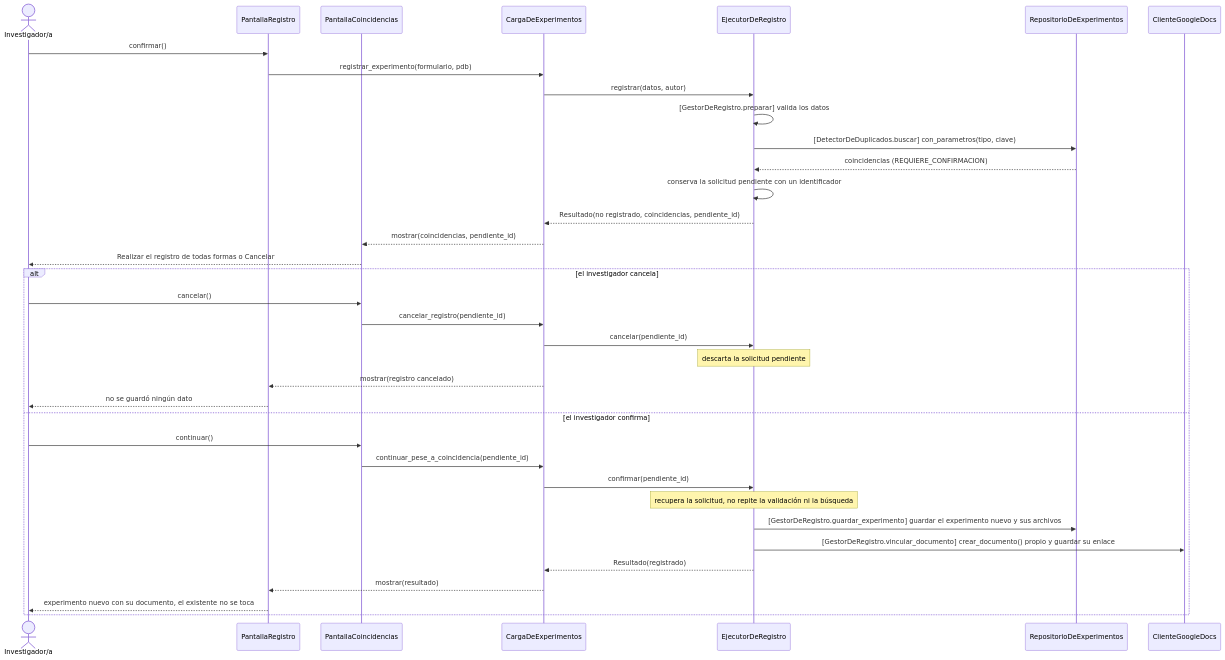
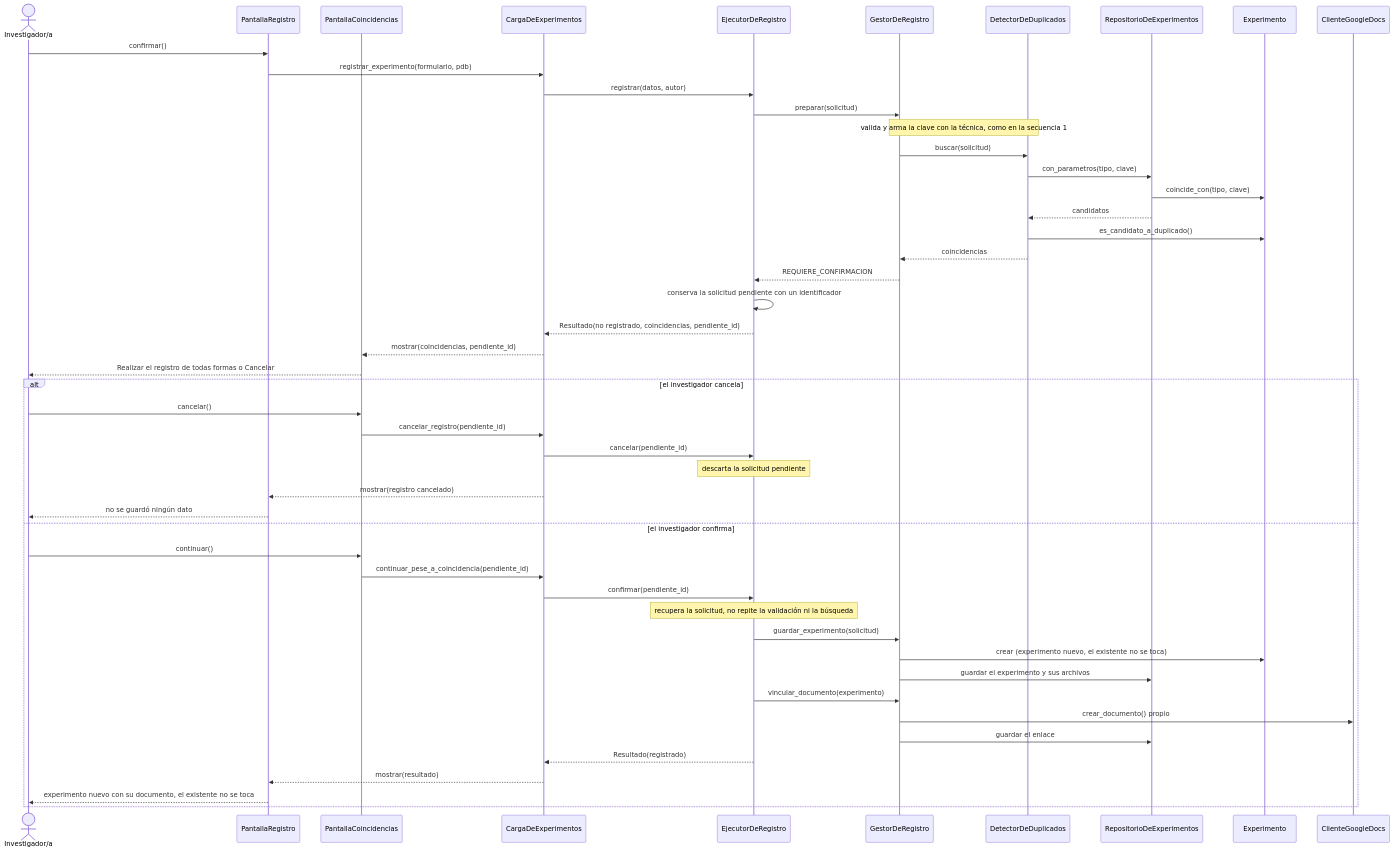
Before and after one commit to LucasSegovia01/BitacoraBio-2026: the third of 5 diagrams in docs/design/diseno-detallado.md, drawn with Mermaid. The commit also changed other lines of this file, not shown here.

````diff
--- a/docs/design/diseno-detallado.md
+++ b/docs/design/diseno-detallado.md
@@ -271,38 +293,51 @@
 ```mermaid
 sequenceDiagram
     actor Inv as Investigador/a
     participant PR as PantallaRegistro
     participant PC as PantallaCoincidencias
     participant CE as CargaDeExperimentos
     participant E as EjecutorDeRegistro
+    participant GR as GestorDeRegistro
+    participant DD as DetectorDeDuplicados
     participant RX as RepositorioDeExperimentos
+    participant EX as Experimento
     participant CG as ClienteGoogleDocs
     Inv->>PR: confirmar()
     PR->>CE: registrar_experimento(formulario, pdb)
     CE->>E: registrar(datos, autor)
-    E->>E: [GestorDeRegistro.preparar] valida los datos
-    E->>RX: [DetectorDeDuplicados.buscar] con_parametros(tipo, clave)
-    RX-->>E: coincidencias (REQUIERE_CONFIRMACION)
+    E->>GR: preparar(solicitud)
+    Note over GR,DD: valida y arma la clave con la técnica, como en la secuencia 1
+    GR->>DD: buscar(solicitud)
+    DD->>RX: con_parametros(tipo, clave)
+    RX->>EX: coincide_con(tipo, clave)
+    RX-->>DD: candidatos
+    DD->>EX: es_candidato_a_duplicado()
+    DD-->>GR: coincidencias
+    GR-->>E: REQUIERE_CONFIRMACION
     E->>E: conserva la solicitud pendiente con un identificador
     E-->>CE: Resultado(no registrado, coincidencias, pendiente_id)
     CE-->>PC: mostrar(coincidencias, pendiente_id)
     PC-->>Inv: Realizar el registro de todas formas o Cancelar
     alt el investigador cancela
         Inv->>PC: cancelar()
         PC->>CE: cancelar_registro(pendiente_id)
         CE->>E: cancelar(pendiente_id)
         Note over E: descarta la solicitud pendiente
         CE-->>PR: mostrar(registro cancelado)
         PR-->>Inv: no se guardó ningún dato
     else el investigador confirma
         Inv->>PC: continuar()
         PC->>CE: continuar_pese_a_coincidencia(pendiente_id)
         CE->>E: confirmar(pendiente_id)
         Note over E: recupera la solicitud, no repite la validación ni la búsqueda
-        E->>RX: [GestorDeRegistro.guardar_experimento] guardar el experimento nuevo y sus archivos
-        E->>CG: [GestorDeRegistro.vincular_documento] crear_documento() propio y guardar su enlace
+        E->>GR: guardar_experimento(solicitud)
+        GR->>EX: crear (experimento nuevo, el existente no se toca)
+        GR->>RX: guardar el experimento y sus archivos
+        E->>GR: vincular_documento(experimento)
+        GR->>CG: crear_documento() propio
+        GR->>RX: guardar el enlace
         E-->>CE: Resultado(registrado)
         CE-->>PR: mostrar(resultado)
         PR-->>Inv: experimento nuevo con su documento, el existente no se toca
     end
 ```
````
